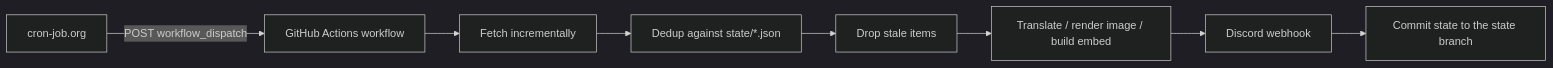
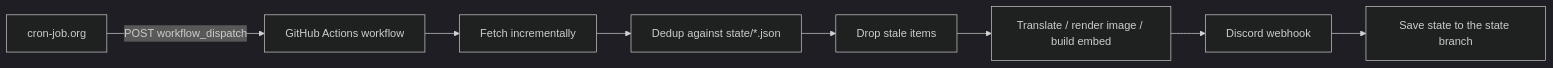
One commit to EST320/discord-news changed the diagram in README.md. Above: the diagram before and after it, drawn with Mermaid (dark theme). The commit also changed other lines of this file and 30 other files, not shown here.

````diff
--- a/README.md
+++ b/README.md
@@ -24,10 +32,10 @@
 ```mermaid
 flowchart LR
     cron[cron-job.org] -- "POST workflow_dispatch" --> gha[GitHub Actions workflow]
     gha --> fetch[Fetch incrementally]
     fetch --> dedup[Dedup against state/*.json]
     dedup --> filter[Drop stale items]
     filter --> format[Translate / render image / build embed]
     format --> discord[Discord webhook]
-    discord --> commit[Commit state to the state branch]
+    discord --> commit[Save state to the state branch]
 ```
````
